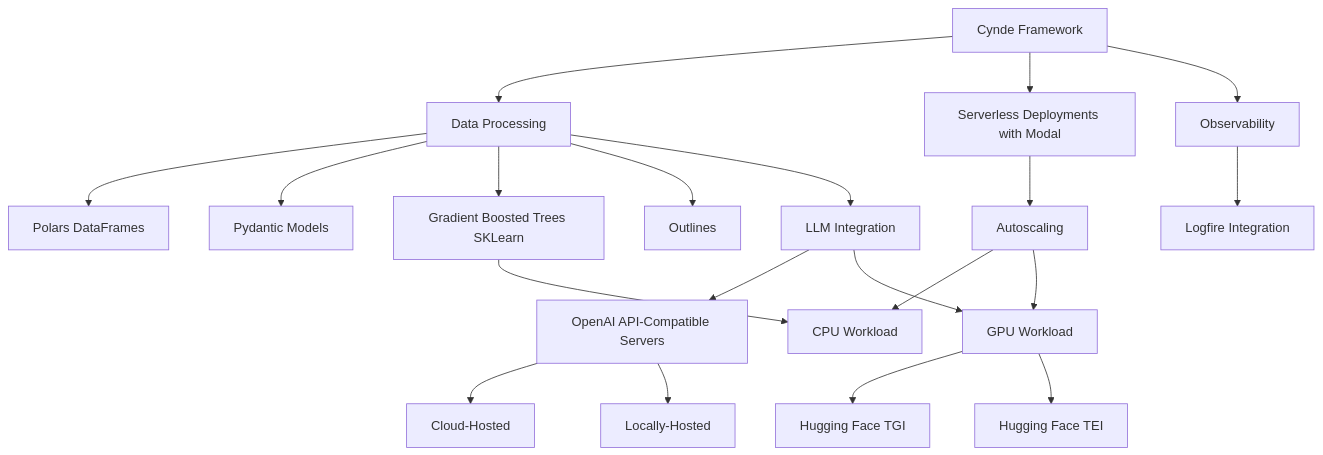
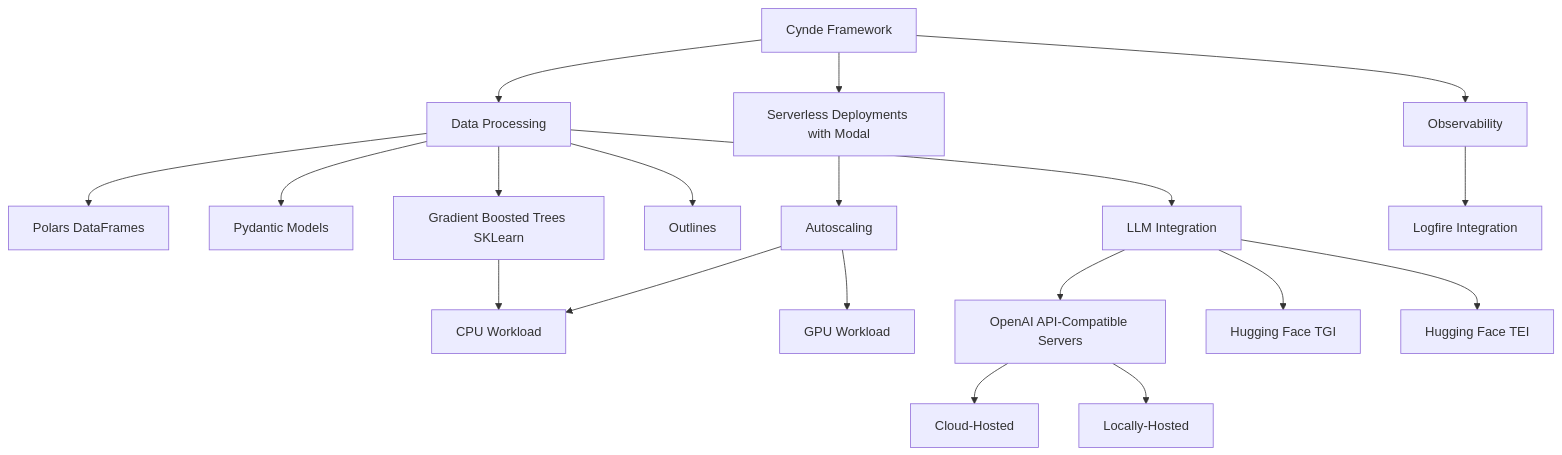
Before and after one commit to Neural-Dragon-AI/Cynde: the diagram in drawings.md, drawn with Mermaid.

````diff
--- a/drawings.md
+++ b/drawings.md
@@ -3,27 +3,26 @@
 ```mermaid
 graph TD
     A[Cynde Framework] --> B[Data Processing]
     B --> C[Polars DataFrames]
     B --> D[Pydantic Models]
     B --> E[Gradient Boosted Trees SKLearn]
     B --> Ot[Outlines]
     A --> P[Serverless Deployments with Modal]
 
     P --> F[Autoscaling]
     F --> G[CPU Workload]
     E --> G
     F --> M[GPU Workload]
 
     B --> H[LLM Integration]
     H --> I[OpenAI API-Compatible Servers]
     I --> J[Cloud-Hosted]
     I --> K[Locally-Hosted]
-    H --> M
-    M --> N[Hugging Face TGI]
+    H --> N[Hugging Face TGI]
    
-    M --> O[Hugging Face TEI]
+    H --> O[Hugging Face TEI]
 
 
     A --> Y[Observability]
     Y --> Z[Logfire Integration]
 ```
````
